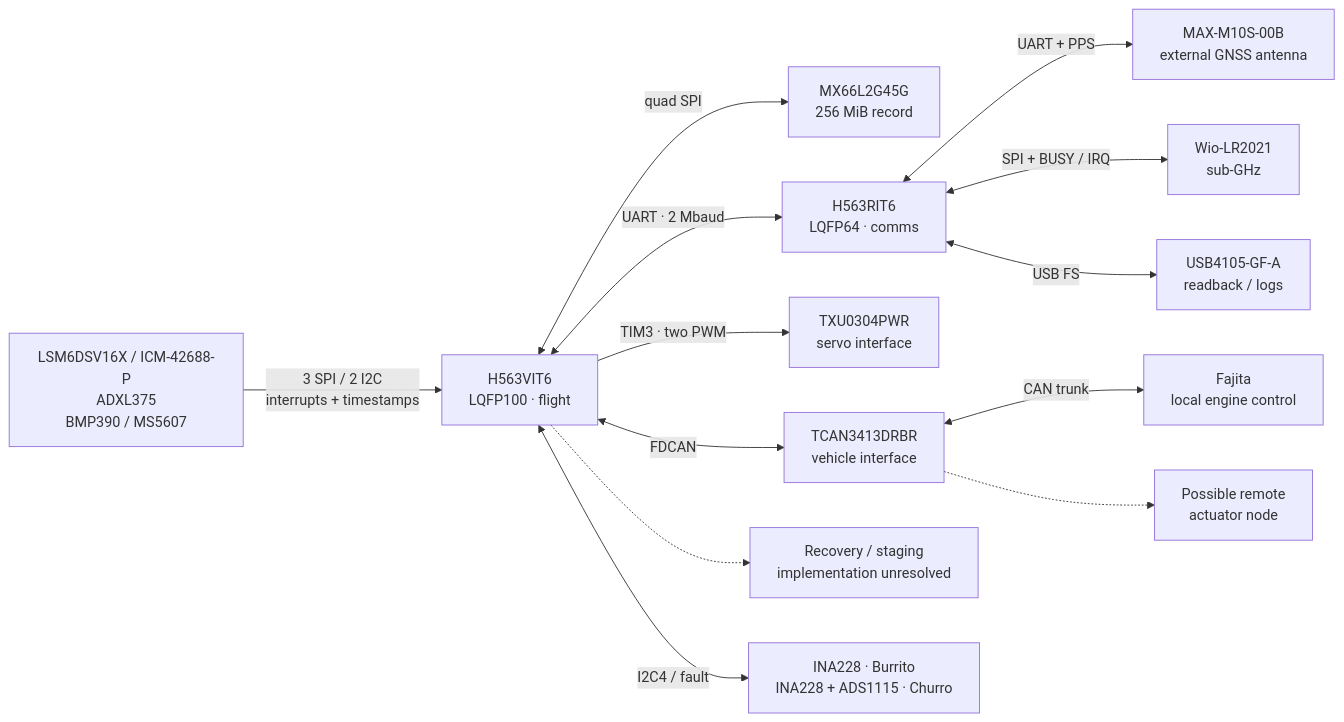
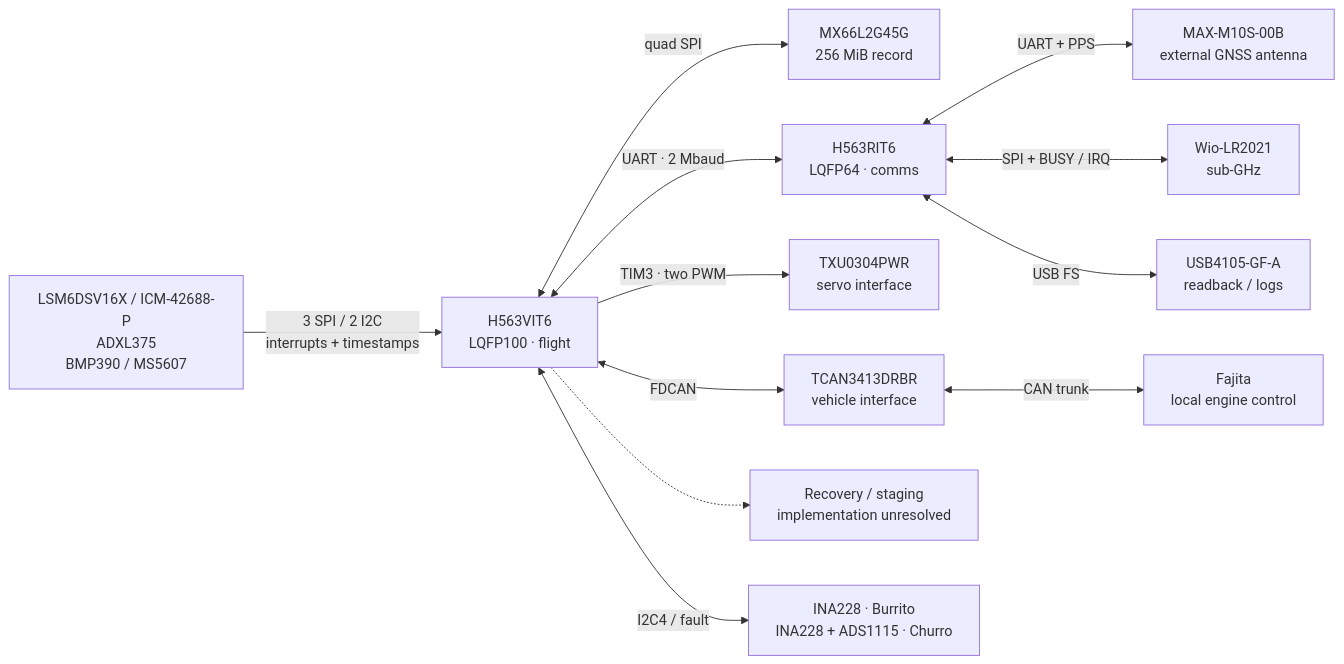
The third of 3 diagrams in docs/architecture/00-overview.md (ULAS-HiPR/Ogma2), drawn with Mermaid before and after one commit. The commit also changed other lines of this file and 25 other files, not shown here.

````diff
--- a/docs/architecture/00-overview.md
+++ b/docs/architecture/00-overview.md
@@ -120,30 +140,28 @@
 ```mermaid
 flowchart LR
     S["LSM6DSV16X / ICM-42688-P
 ADXL375
 BMP390 / MS5607"] -->|"3 SPI / 2 I2C
 interrupts + timestamps"| F["H563VIT6
 LQFP100 · flight"]
     F <-->|"quad SPI"| N["MX66L2G45G
 256 MiB record"]
     F <-->|"UART · 2 Mbaud"| C["H563RIT6
 LQFP64 · comms"]
     C <-->|"UART + PPS"| G["MAX-M10S-00B
 external GNSS antenna"]
     C <-->|"SPI + BUSY / IRQ"| R["Wio-LR2021
 sub-GHz"]
     C <-->|"USB FS"| U["USB4105-GF-A
 readback / logs"]
     F -->|"TIM3 · two PWM"| SV["TXU0304PWR
 servo interface"]
     F <-->|"FDCAN"| T["TCAN3413DRBR
 vehicle interface"]
     F -.-> O["Recovery / staging
 implementation unresolved"]
   T <-->|"CAN trunk"| P["Fajita
 local engine control"]
-  T -.-> A["Possible remote
-actuator node"]
   F <-->|"I2C4 / fault"| M["INA228 · Burrito
 INA228 + ADS1115 · Churro"]
 ```
````
